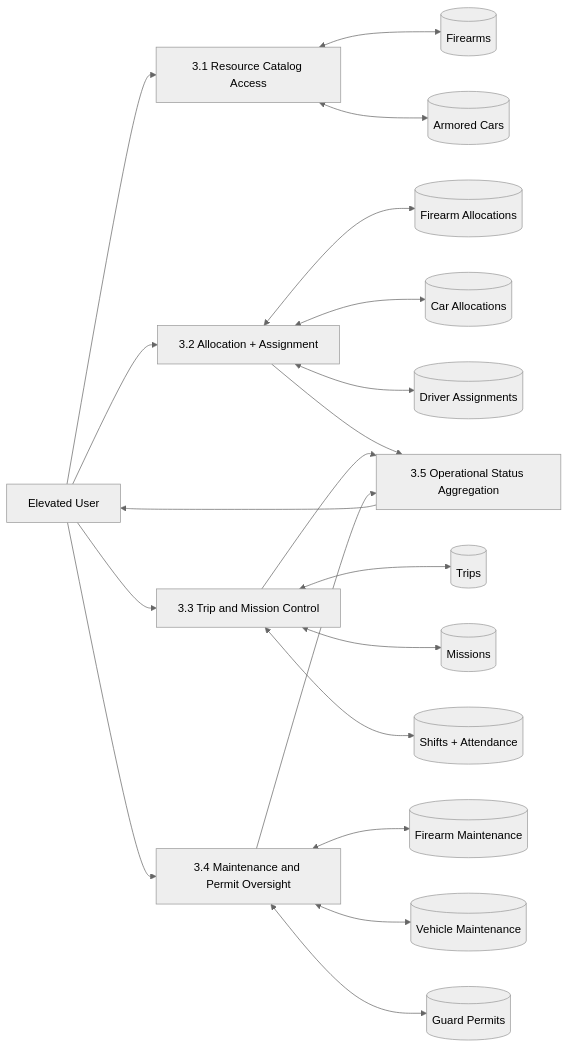
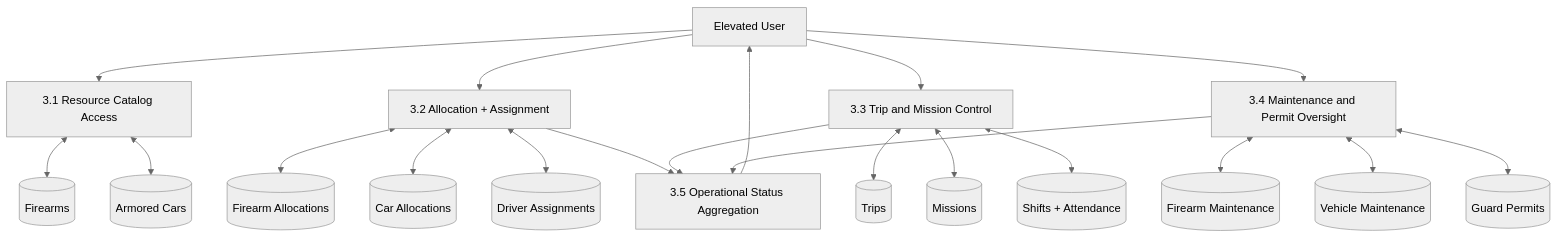
One commit to dwaytu/Capstone-Main changed the fifth of 7 diagrams in SYSTEM_FLOW_DIAGRAMS.md. Above: the diagram before and after it, drawn with Mermaid (neutral theme). The commit also changed other lines of this file and 12 other files, not shown here.

Commit message:
Diagrams

````diff
--- a/SYSTEM_FLOW_DIAGRAMS.md
+++ b/SYSTEM_FLOW_DIAGRAMS.md
@@ -178,27 +178,27 @@
 ```mermaid
-flowchart LR
+flowchart TD
         E[Elevated User] --> P31[3.1 Resource Catalog Access]
         E --> P32[3.2 Allocation + Assignment]
         E --> P33[3.3 Trip and Mission Control]
         E --> P34[3.4 Maintenance and Permit Oversight]
 
         P31 <--> D31[(Firearms)]
         P31 <--> D32[(Armored Cars)]
 
         P32 <--> D33[(Firearm Allocations)]
         P32 <--> D34[(Car Allocations)]
         P32 <--> D35[(Driver Assignments)]
 
         P33 <--> D36[(Trips)]
         P33 <--> D37[(Missions)]
         P33 <--> D38[(Shifts + Attendance)]
 
         P34 <--> D39[(Firearm Maintenance)]
         P34 <--> D40[(Vehicle Maintenance)]
         P34 <--> D41[(Guard Permits)]
 
         P32 --> P35[3.5 Operational Status Aggregation]
         P33 --> P35
         P34 --> P35
         P35 --> E
 ```
````
